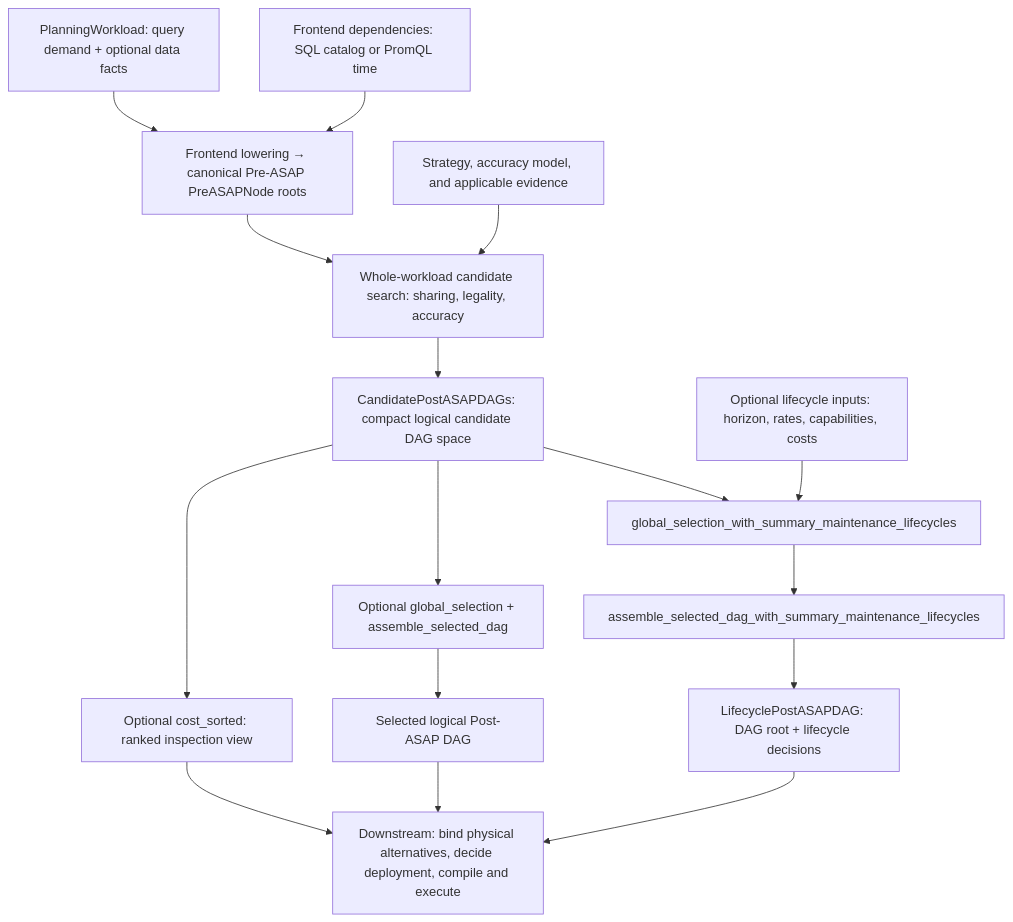
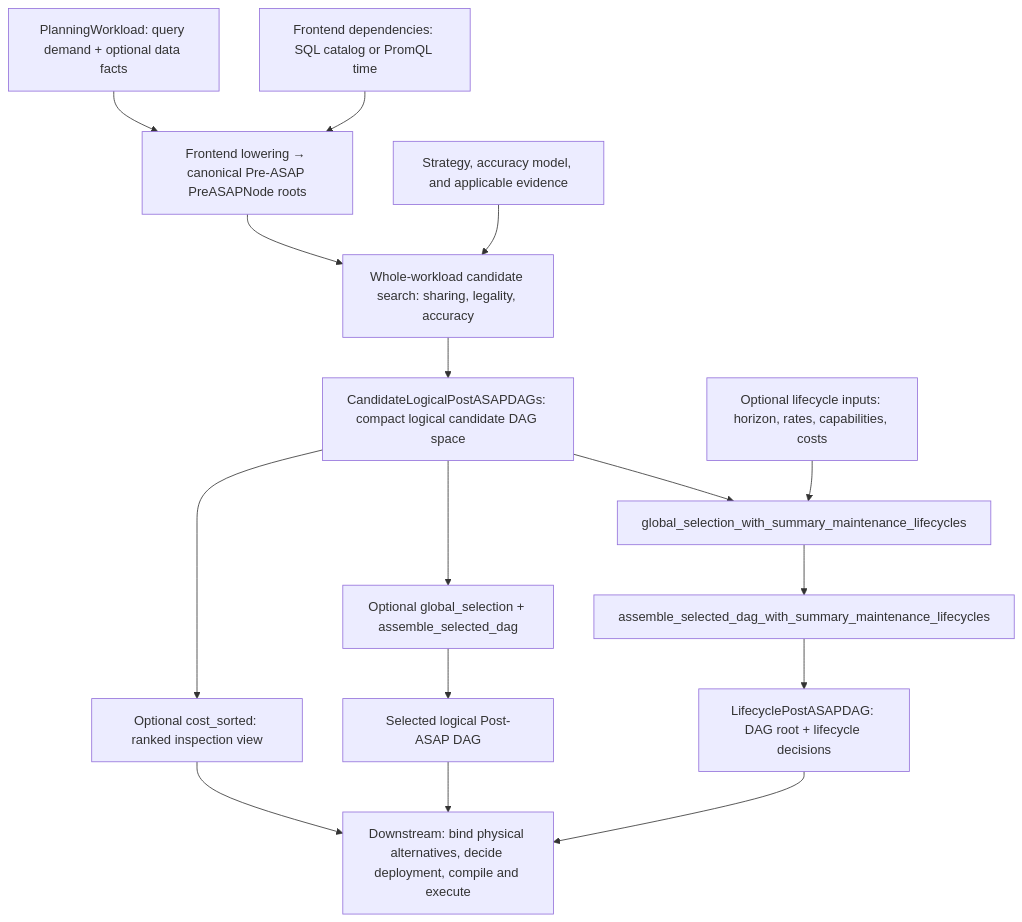
The diagram in docs/design_docs/architecture/README.md (ProjectASAP/ASAPPlanner), drawn with Mermaid before and after one commit. The commit also changed other lines of this file and 71 other files, not shown here.

````diff
--- a/docs/design_docs/architecture/README.md
+++ b/docs/design_docs/architecture/README.md
@@ -15,26 +15,26 @@
 ```mermaid
 flowchart TD
     W["PlanningWorkload: query demand + optional data facts"]
     F["Frontend dependencies: SQL catalog or PromQL time"]
     E["Strategy, accuracy model, and applicable evidence"]
     PRE["Frontend lowering → canonical Pre-ASAP PreASAPNode roots"]
     SEARCH["Whole-workload candidate search: sharing, legality, accuracy"]
-    SPACE["CandidatePostASAPDAGs: compact logical candidate DAG space"]
+    SPACE["CandidateLogicalPostASAPDAGs: compact logical candidate DAG space"]
     RANK["Optional cost_sorted: ranked inspection view"]
     SELECT["Optional global_selection + assemble_selected_dag"]
     DAG["Selected logical Post-ASAP DAG"]
     LINPUT["Optional lifecycle inputs: horizon, rates, capabilities, costs"]
     LIFE["global_selection_with_summary_maintenance_lifecycles"]
     LMAT["assemble_selected_dag_with_summary_maintenance_lifecycles"]
     LPLAN["LifecyclePostASAPDAG: DAG root + lifecycle decisions"]
     BACKEND["Downstream: bind physical alternatives, decide deployment, compile and execute"]
     W --> PRE
     F --> PRE
     PRE --> SEARCH
     E --> SEARCH
     SEARCH --> SPACE
     SPACE --> RANK --> BACKEND
     SPACE --> SELECT --> DAG --> BACKEND
     SPACE --> LIFE
     LINPUT --> LIFE --> LMAT --> LPLAN --> BACKEND
 ```
````
